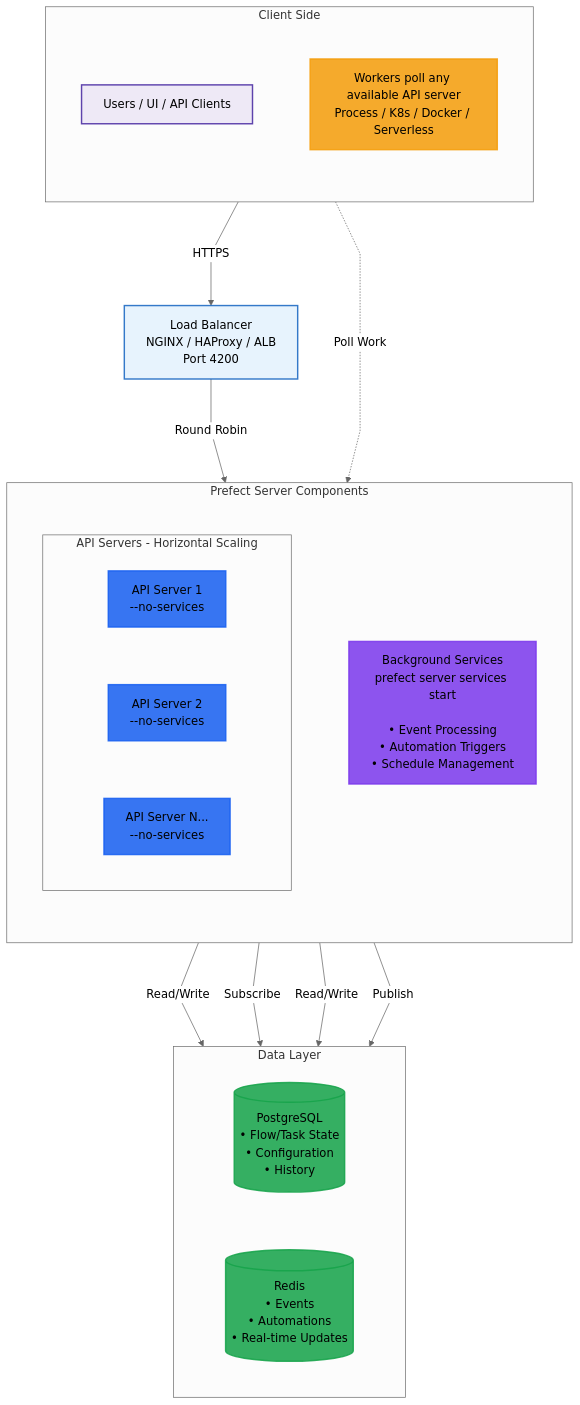
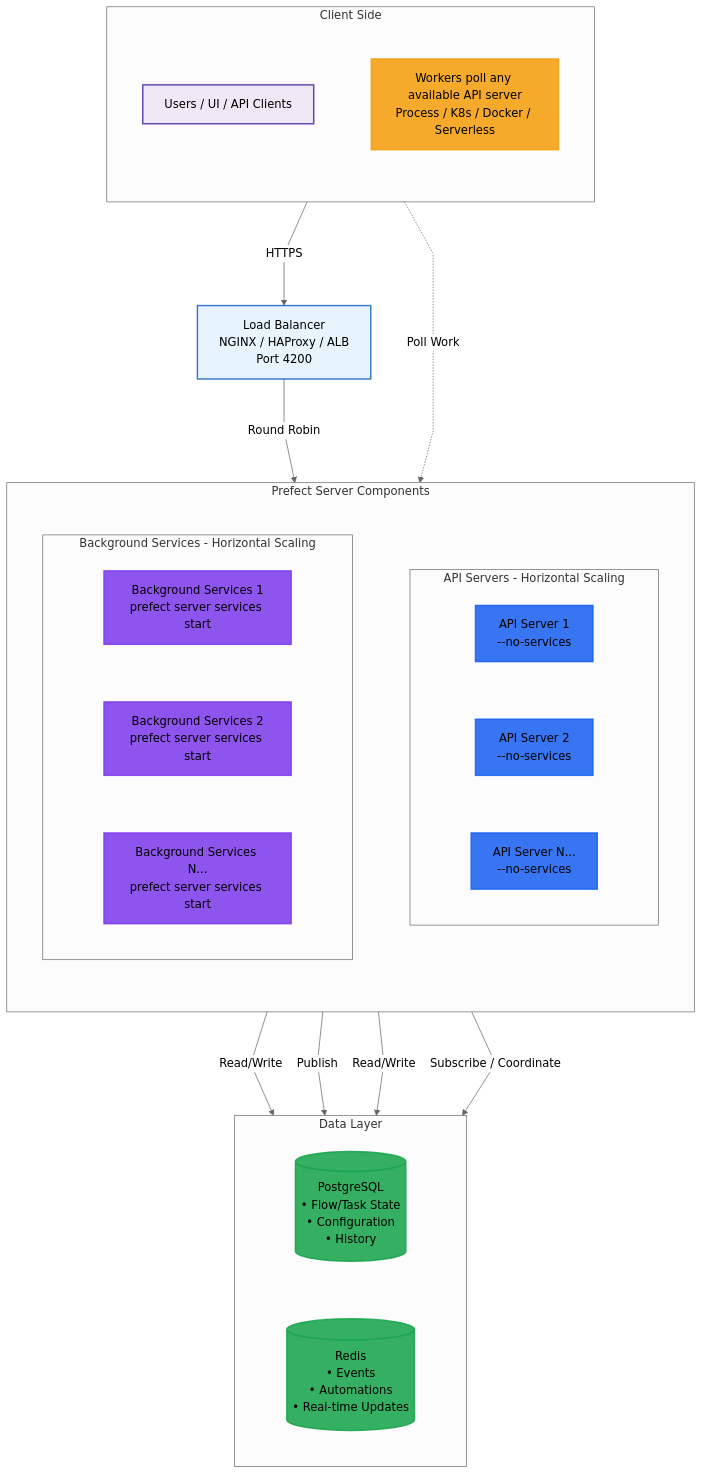
Before and after one commit to HIDORAKAI002/ai-workspace-archive: the diagram in workflow_automation___orchestration/general/prefect/docs/v3/advanced/self-hosted.mdx, drawn with Mermaid. The commit also changed other lines of this file and 1935 other files, not shown here.

````diff
--- a/workflow_automation___orchestration/general/prefect/docs/v3/advanced/self-hosted.mdx
+++ b/workflow_automation___orchestration/general/prefect/docs/v3/advanced/self-hosted.mdx
@@ -28,60 +28,65 @@
 ```mermaid
 %%{
   init: {
     'theme': 'neutral',
     'flowchart': {
       'curve' : 'linear',
       'rankSpacing': 120,
       'nodeSpacing': 80
     }
   }
 }%%
 
 flowchart TB
     %% Style definitions
     classDef userClass fill:#ede7f6db,stroke:#4527a0db,stroke-width:2px
     classDef lbClass fill:#e3f2fddb,stroke:#1565c0db,stroke-width:2px
     classDef apiClass fill:#1860f2db,stroke:#1860f2db,stroke-width:2px
     classDef bgClass fill:#7c3aeddb,stroke:#7c3aeddb,stroke-width:2px
     classDef dataClass fill:#16a34adb,stroke:#16a34adb,stroke-width:2px
     classDef workerClass fill:#f59e0bdb,stroke:#f59e0bdb,stroke-width:2px
 
     %% Nodes
     subgraph clients[Client Side]
         direction TB
         Users[Users / UI / API Clients]:::userClass
         Workers[Workers poll any available API server<br/>Process / K8s / Docker / Serverless]:::workerClass
     end
 
     LB[Load Balancer<br/>NGINX / HAProxy / ALB<br/>Port 4200]:::lbClass
 
     subgraph servers[Prefect Server Components]
         direction TB
         subgraph api[API Servers - Horizontal Scaling]
             direction LR
             API1[API Server 1<br/>--no-services]:::apiClass
             API2[API Server 2<br/>--no-services]:::apiClass
             API3[API Server N...<br/>--no-services]:::apiClass
         end
 
-        BG[Background Services<br/>prefect server services start<br/><br/>• Event Processing<br/>• Automation Triggers<br/>• Schedule Management]:::bgClass
+        subgraph bg[Background Services - Horizontal Scaling]
+            direction LR
+            BG1[Background Services 1<br/>prefect server services start]:::bgClass
+            BG2[Background Services 2<br/>prefect server services start]:::bgClass
+            BG3[Background Services N...<br/>prefect server services start]:::bgClass
+        end
     end
 
     subgraph data[Data Layer]
         direction LR
         PG[(PostgreSQL<br/>• Flow/Task State<br/>• Configuration<br/>• History)]:::dataClass
         Redis[(Redis<br/>• Events<br/>• Automations<br/>• Real-time Updates)]:::dataClass
     end
 
     %% Connections
     Users --> |HTTPS| LB
     LB --> |Round Robin| api
 
     api --> |Read/Write| PG
     api --> |Publish| Redis
 
-    BG --> |Read/Write| PG
-    BG --> |Subscribe| Redis
+    bg --> |Read/Write| PG
+    bg --> |Subscribe / Coordinate| Redis
 
     Workers -.-> |Poll Work| api
 ```
````
